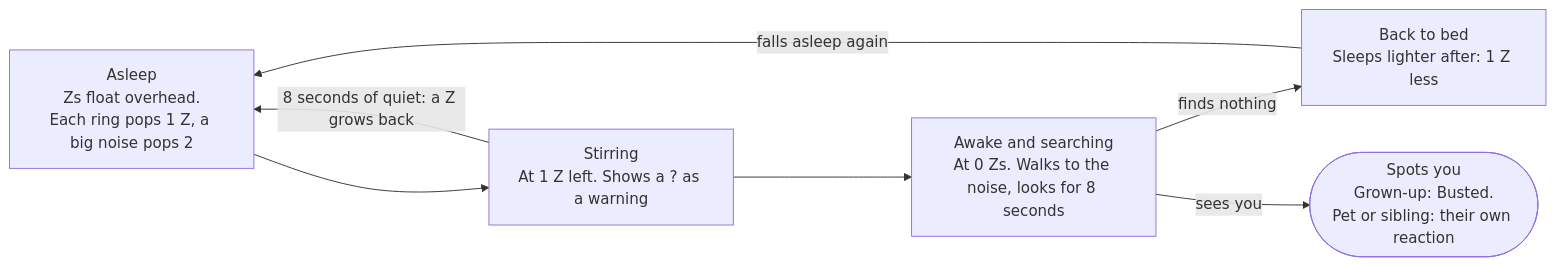
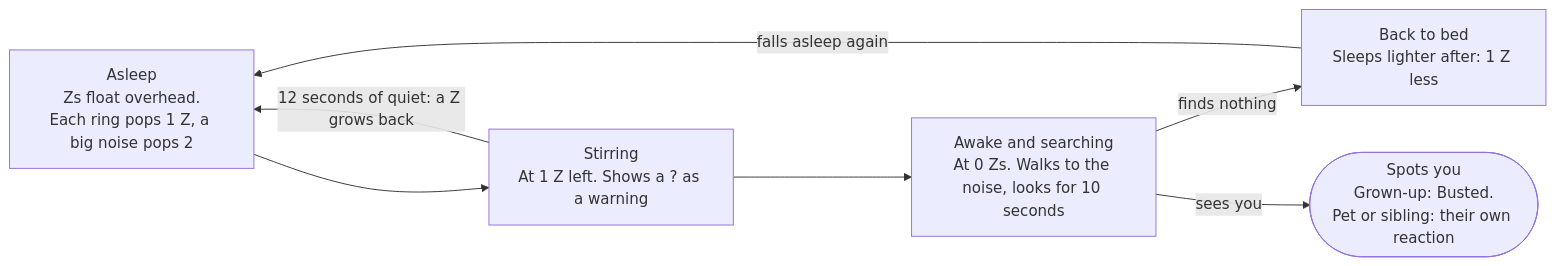
Before and after one commit to priyesh25/snack-raid: the second of 3 diagrams in docs/game-design.md, drawn with Mermaid. The commit also changed other lines of this file and 19 other files, not shown here.

````diff
--- a/docs/game-design.md
+++ b/docs/game-design.md
@@ -182,9 +183,9 @@
 ```mermaid
 flowchart LR
   A["Asleep<br>Zs float overhead.<br>Each ring pops 1 Z, a big noise pops 2"] --> B["Stirring<br>At 1 Z left. Shows a ? as a warning"]
-  B --> C["Awake and searching<br>At 0 Zs. Walks to the noise, looks for 8 seconds"]
-  B -- "8 seconds of quiet: a Z grows back" --> A
+  B --> C["Awake and searching<br>At 0 Zs. Walks to the noise, looks for 10 seconds"]
+  B -- "12 seconds of quiet: a Z grows back" --> A
   C -- "finds nothing" --> D["Back to bed<br>Sleeps lighter after: 1 Z less"]
   D -- "falls asleep again" --> A
   C -- "sees you" --> E(["Spots you<br>Grown-up: Busted.<br>Pet or sibling: their own reaction"])
 ```
````
